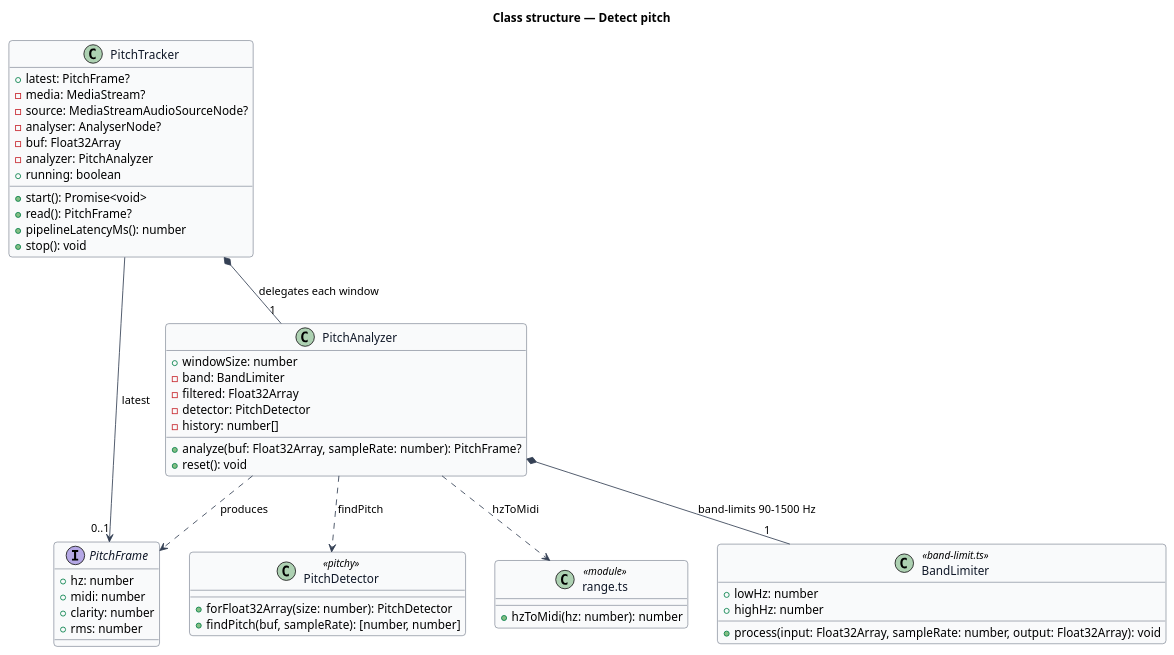
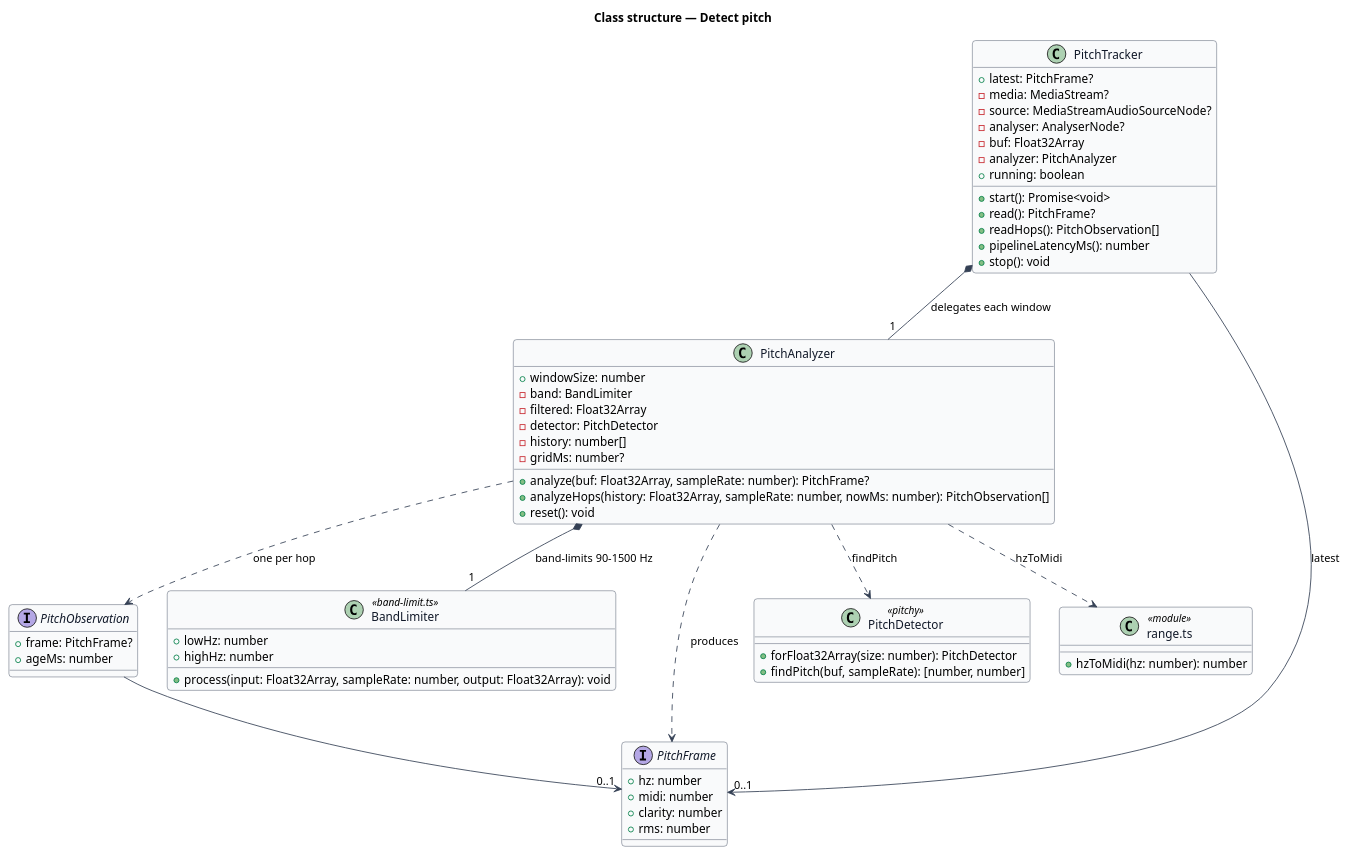
The diagram in docs/detailed-designs/audio-engine/detect-pitch/diagrams/class-structure.puml (QuinntyneBrown/TwinkleTune), drawn with PlantUML before and after one commit. The commit also changed 17 other files, not shown here.

```diff
--- a/docs/detailed-designs/audio-engine/detect-pitch/diagrams/class-structure.puml
+++ b/docs/detailed-designs/audio-engine/detect-pitch/diagrams/class-structure.puml
@@ -1,68 +1,78 @@
 @startuml
 ' --- shared skin header ---
 skinparam backgroundColor #FFFFFF
 skinparam shadowing false
 skinparam roundcorner 8
 skinparam defaultFontName Arial
 skinparam ArrowColor #344054
 skinparam class {
   BorderColor #344054
   FontColor #101828
   BackgroundColor #F9FAFB
 }
 ' --------------------------
 title Class structure — Detect pitch
 
 class PitchTracker {
   +latest: PitchFrame?
   -media: MediaStream?
   -source: MediaStreamAudioSourceNode?
   -analyser: AnalyserNode?
   -buf: Float32Array
   -analyzer: PitchAnalyzer
   +running: boolean
   +start(): Promise<void>
   +read(): PitchFrame?
+  +readHops(): PitchObservation[]
   +pipelineLatencyMs(): number
   +stop(): void
 }
 
 class PitchAnalyzer {
   +windowSize: number
   -band: BandLimiter
   -filtered: Float32Array
   -detector: PitchDetector
   -history: number[]
+  -gridMs: number?
   +analyze(buf: Float32Array, sampleRate: number): PitchFrame?
+  +analyzeHops(history: Float32Array, sampleRate: number, nowMs: number): PitchObservation[]
   +reset(): void
+}
+
+interface PitchObservation {
+  +frame: PitchFrame?
+  +ageMs: number
 }
 
 class BandLimiter <<band-limit.ts>> {
   +lowHz: number
   +highHz: number
   +process(input: Float32Array, sampleRate: number, output: Float32Array): void
 }
 
 interface PitchFrame {
   +hz: number
   +midi: number
   +clarity: number
   +rms: number
 }
 
 class "PitchDetector" as Detector <<pitchy>> {
   +forFloat32Array(size: number): PitchDetector
   +findPitch(buf, sampleRate): [number, number]
 }
 
 class "range.ts" as RangeMod <<module>> {
   +hzToMidi(hz: number): number
 }
 
 PitchTracker --> "0..1" PitchFrame : latest
 PitchTracker *-- "1" PitchAnalyzer : delegates each window
 PitchAnalyzer *-- "1" BandLimiter : band-limits 90-1500 Hz
 PitchAnalyzer ..> PitchFrame : produces
+PitchAnalyzer ..> PitchObservation : one per hop
+PitchObservation --> "0..1" PitchFrame
 PitchAnalyzer ..> Detector : findPitch
 PitchAnalyzer ..> RangeMod : hzToMidi
 @enduml
```
